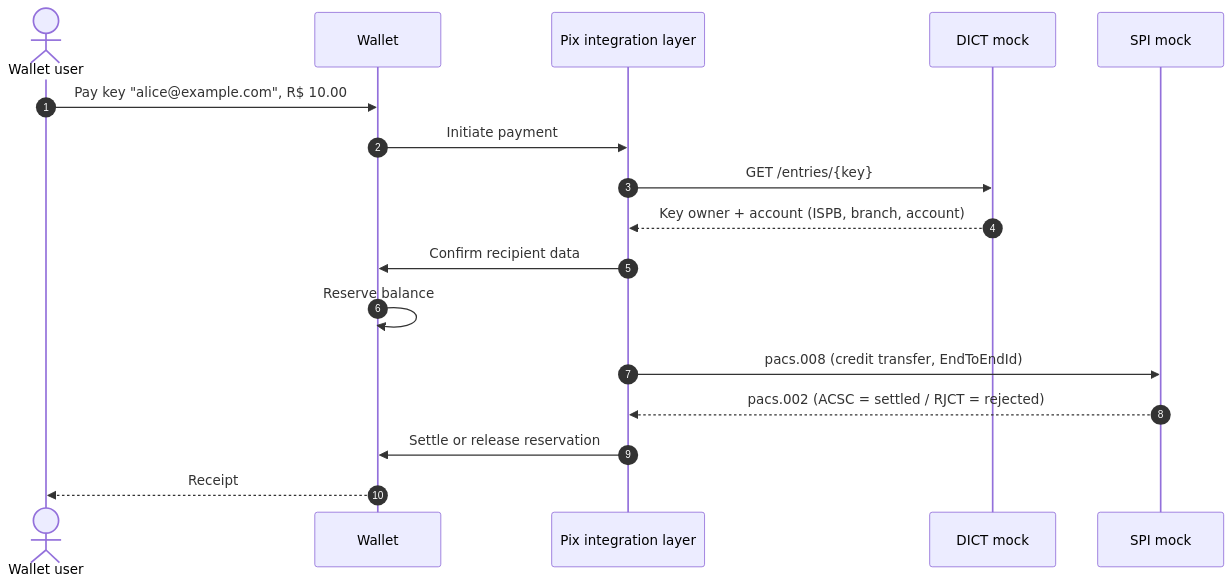
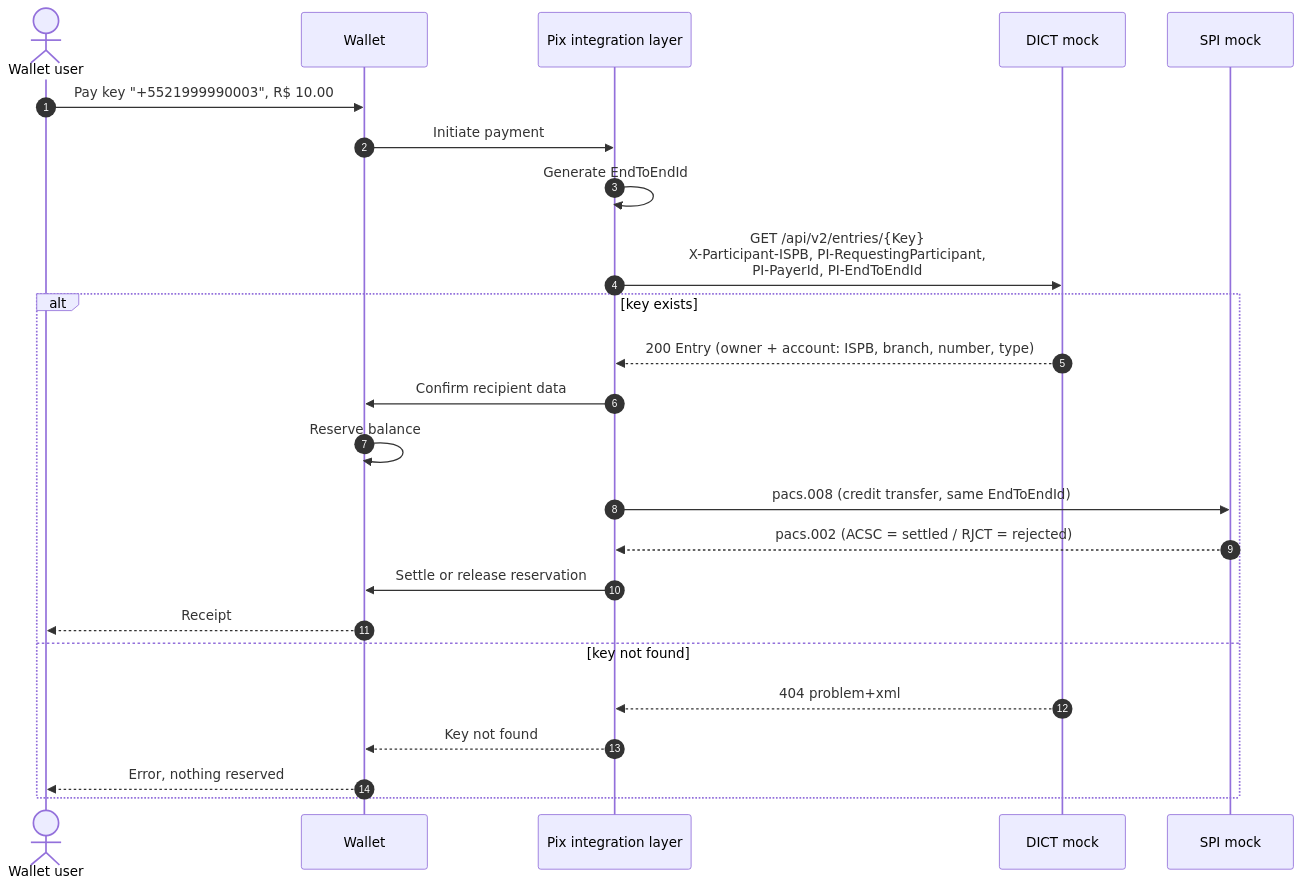
One commit to piovani/pix_fake changed the second of 4 diagrams in docs/architecture.md. Above: the diagram before and after it, drawn with Mermaid. The commit also changed other lines of this file and 3 other files, not shown here.

Commit message:
docs: update docs for the DICT mock and add the project roadmap

````diff
--- a/docs/architecture.md
+++ b/docs/architecture.md
@@ -32,20 +45,27 @@
 ```mermaid
 sequenceDiagram
     autonumber
     actor U as Wallet user
     participant W as Wallet
     participant P as Pix integration layer
     participant D as DICT mock
     participant S as SPI mock
 
-    U->>W: Pay key "alice@example.com", R$ 10.00
+    U->>W: Pay key "+5521999990003", R$ 10.00
     W->>P: Initiate payment
-    P->>D: GET /entries/{key}
-    D-->>P: Key owner + account (ISPB, branch, account)
-    P->>W: Confirm recipient data
-    W->>W: Reserve balance
-    P->>S: pacs.008 (credit transfer, EndToEndId)
-    S-->>P: pacs.002 (ACSC = settled / RJCT = rejected)
-    P->>W: Settle or release reservation
-    W-->>U: Receipt
+    P->>P: Generate EndToEndId
+    P->>D: GET /api/v2/entries/{Key}<br/>X-Participant-ISPB, PI-RequestingParticipant,<br/>PI-PayerId, PI-EndToEndId
+    alt key exists
+        D-->>P: 200 Entry (owner + account: ISPB, branch, number, type)
+        P->>W: Confirm recipient data
+        W->>W: Reserve balance
+        P->>S: pacs.008 (credit transfer, same EndToEndId)
+        S-->>P: pacs.002 (ACSC = settled / RJCT = rejected)
+        P->>W: Settle or release reservation
+        W-->>U: Receipt
+    else key not found
+        D-->>P: 404 problem+xml
+        P-->>W: Key not found
+        W-->>U: Error, nothing reserved
+    end
 ```
````
